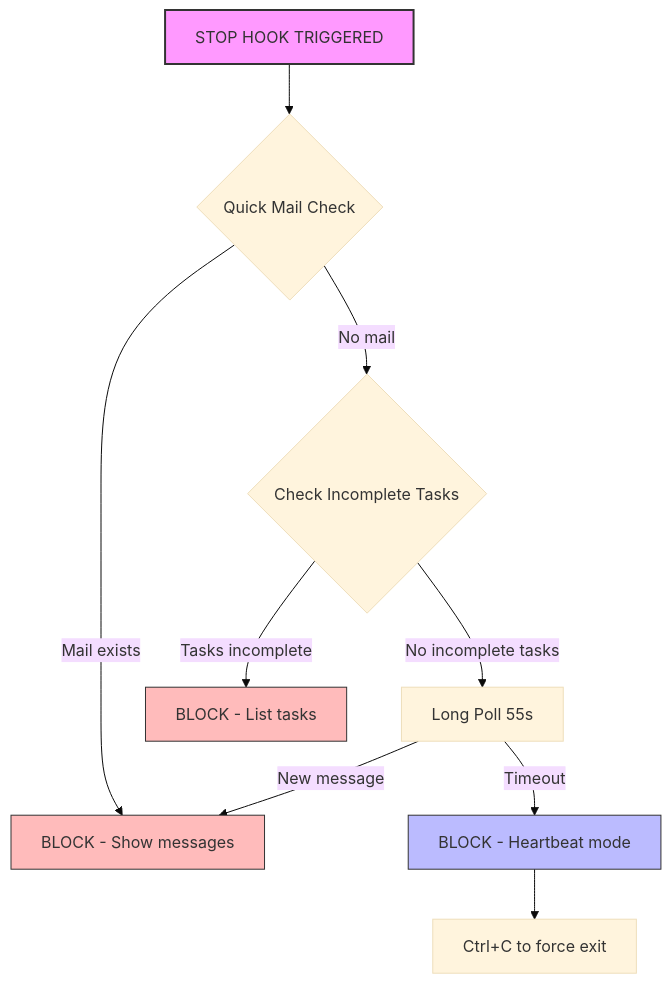
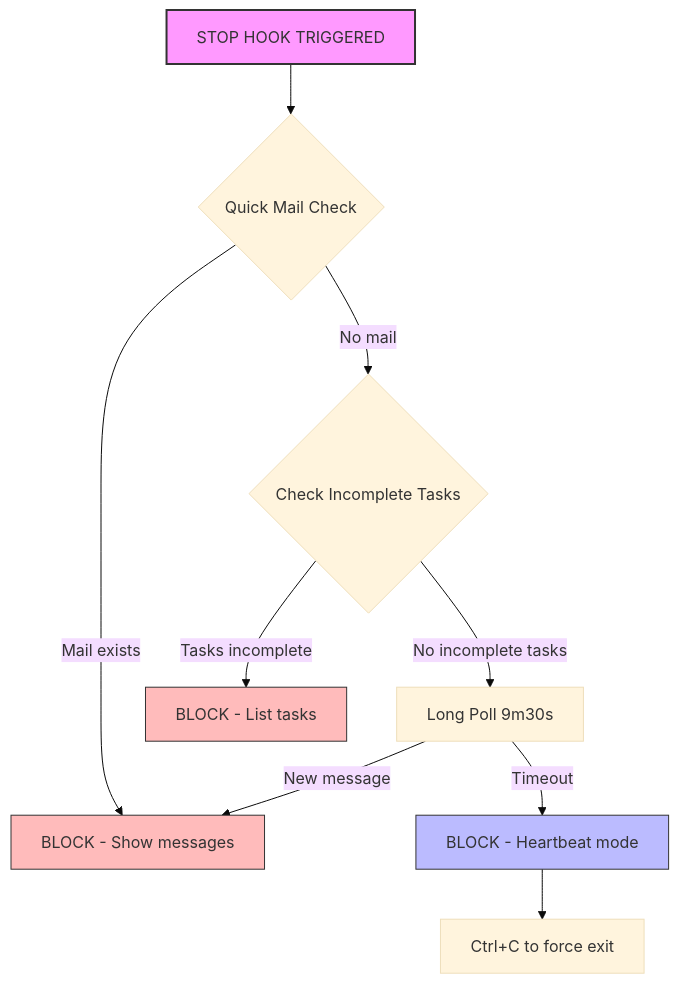
Before and after one commit to Roasbeef/substrate: the first of 6 diagrams in docs/HOOKS.md, drawn with Mermaid (base theme). The commit also changed other lines of this file and 3 other files, not shown here.

First line of the commit message:
hooks: increase stop hook long poll from 55s to 9m30s

````diff
--- a/docs/HOOKS.md
+++ b/docs/HOOKS.md
@@ -49,16 +49,16 @@
 ```mermaid
 flowchart TD
     A[STOP HOOK TRIGGERED] --> B{Quick Mail Check}
     B -->|Mail exists| C[BLOCK - Show messages]
     B -->|No mail| D{Check Incomplete Tasks}
     D -->|Tasks incomplete| E[BLOCK - List tasks]
-    D -->|No incomplete tasks| F[Long Poll 55s]
+    D -->|No incomplete tasks| F[Long Poll 9m30s]
     F -->|New message| C
     F -->|Timeout| G[BLOCK - Heartbeat mode]
     G --> H[Ctrl+C to force exit]
 
     style A fill:#f9f,stroke:#333,stroke-width:2px
     style C fill:#fbb,stroke:#333
     style E fill:#fbb,stroke:#333
     style G fill:#bbf,stroke:#333
 ```
````
